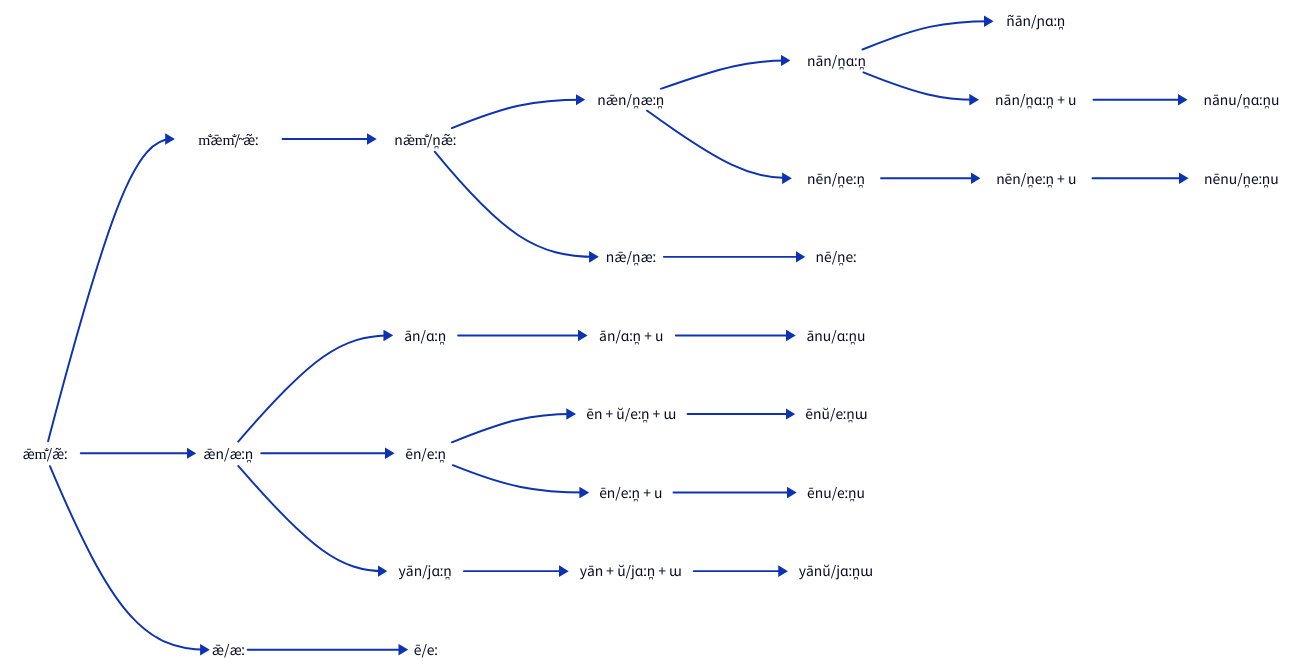
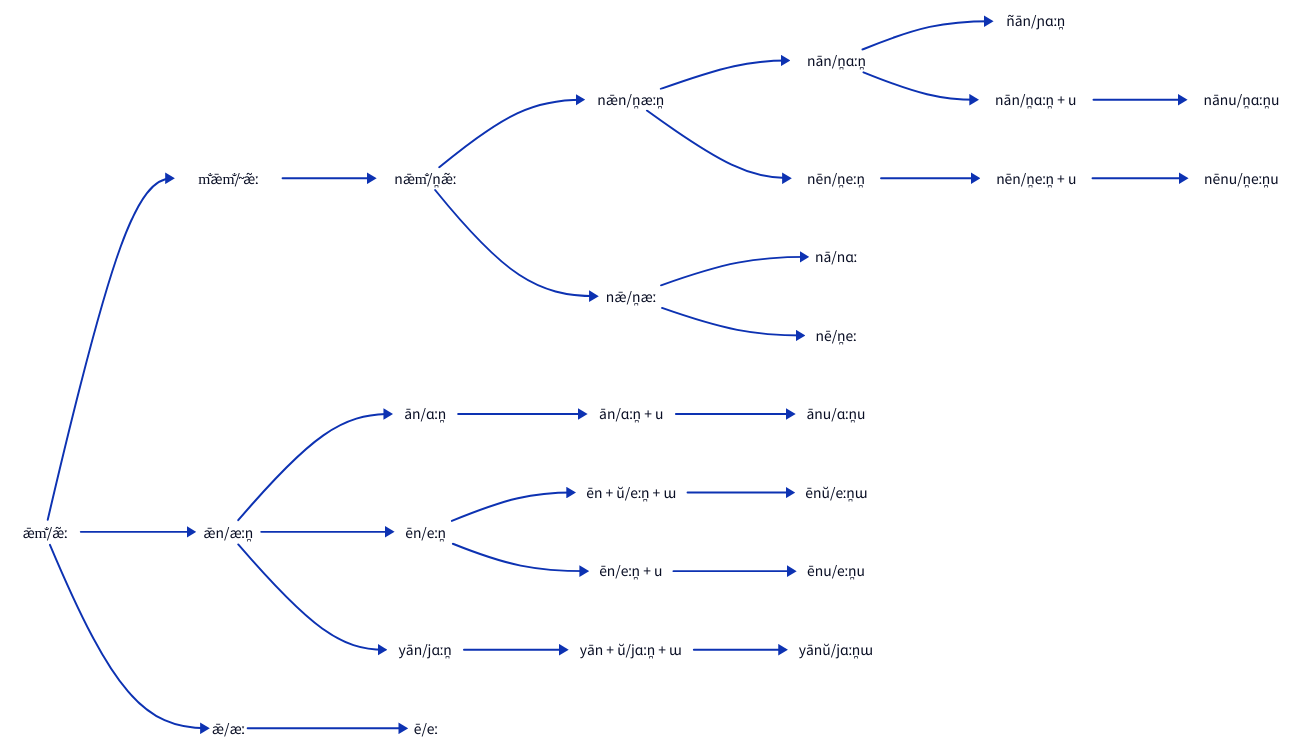
One commit to amshuman-kr/kannadada-bhakti changed the diagram in images/d2/first-person.d2. Above: the diagram before and after it, drawn with D2. The commit also changed 5 other files, not shown here.

```diff
--- a/images/d2/first-person.d2
+++ b/images/d2/first-person.d2
@@ -1,63 +1,65 @@
 # ! d2 first-person.d2 ../png/first-person.png
 
 direction: right
 
 classes: {
   text: {shape: text}
 }
 
 ǣm̐/æ̃ː: {class: text}
 m̐ǣm̐/ ̃æ̃ː: {class: text}
 nǣm̐/n̪æ̃ː: {class: text}
 nǣn/n̪æːn̪: {class: text}
 nān/n̪ɑːn̪: {class: text}
 ñān/ɲɑːn̪: {class: text}
 nān/n̪ɑːn̪ + u: {class: text}
 nānu/n̪ɑːn̪u: {class: text}
 nēn/n̪eːn̪: {class: text}
 nēn/n̪eːn̪ + u: {class: text}
 nēnu/n̪eːn̪u: {class: text}
 nǣ/n̪æː: {class: text}
+nā/nɑː: {class: text}
 nē/n̪eː: {class: text}
 ǣn/æːn̪: {class: text}
 ān/ɑːn̪: {class: text}
 ān/ɑːn̪ + u: {class: text}
 ānu/ɑːn̪u: {class: text}
 ēn/eːn̪: {class: text}
 ēn + ŭ/eːn̪ + ɯ: {class: text}
 ēnŭ/eːn̪ɯ: {class: text}
 ēn/eːn̪ + u: {class: text}
 ēnu/eːn̪u: {class: text}
 yān/jɑːn̪: {class: text}
 yān + ŭ/jɑːn̪ + ɯ: {class: text}
 yānŭ/jɑːn̪ɯ: {class: text}
 ǣ/æː: {class: text}
 ē/eː: {class: text}
 
 ǣm̐/æ̃ː -> m̐ǣm̐/ ̃æ̃ː
 m̐ǣm̐/ ̃æ̃ː -> nǣm̐/n̪æ̃ː
 nǣm̐/n̪æ̃ː -> nǣn/n̪æːn̪
 nǣn/n̪æːn̪ -> nān/n̪ɑːn̪
 nān/n̪ɑːn̪ -> ñān/ɲɑːn̪
 nān/n̪ɑːn̪ -> nān/n̪ɑːn̪ + u
 nān/n̪ɑːn̪ + u -> nānu/n̪ɑːn̪u
 nǣn/n̪æːn̪ -> nēn/n̪eːn̪
 nēn/n̪eːn̪ -> nēn/n̪eːn̪ + u
 nēn/n̪eːn̪ + u -> nēnu/n̪eːn̪u
 nǣm̐/n̪æ̃ː -> nǣ/n̪æː
+nǣ/n̪æː -> nā/nɑː
 nǣ/n̪æː -> nē/n̪eː
 
 ǣm̐/æ̃ː -> ǣn/æːn̪
 ǣn/æːn̪ -> ān/ɑːn̪
 ān/ɑːn̪ -> ān/ɑːn̪ + u
 ān/ɑːn̪ + u -> ānu/ɑːn̪u
 ǣn/æːn̪ -> ēn/eːn̪
 ēn/eːn̪ -> ēn + ŭ/eːn̪ + ɯ
 ēn + ŭ/eːn̪ + ɯ -> ēnŭ/eːn̪ɯ
 ēn/eːn̪ -> ēn/eːn̪ + u
 ēn/eːn̪ + u -> ēnu/eːn̪u
 ǣn/æːn̪ -> yān/jɑːn̪
 yān/jɑːn̪ -> yān + ŭ/jɑːn̪ + ɯ
 yān + ŭ/jɑːn̪ + ɯ -> yānŭ/jɑːn̪ɯ
 ǣm̐/æ̃ː -> ǣ/æː
 ǣ/æː -> ē/eː
```
